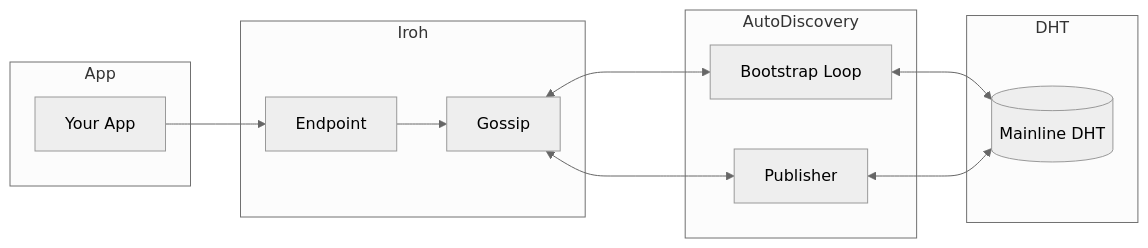
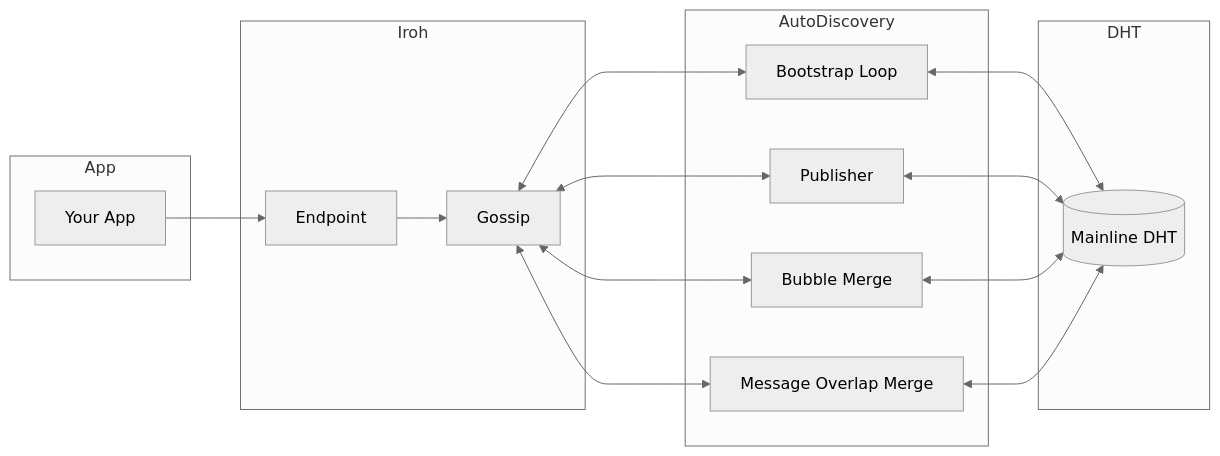
One commit to rustonbsd/distributed-topic-tracker changed the first of 7 diagrams in ARCHITECTURE.md. Above: the diagram before and after it, drawn with Mermaid (neutral theme). The commit also changed other lines of this file and 20 other files, not shown here.

````diff
--- a/ARCHITECTURE.md
+++ b/ARCHITECTURE.md
@@ -24,26 +26,32 @@
 ```mermaid
 flowchart LR
   subgraph App
     A[Your App]
   end
 
   subgraph Iroh
     E[Endpoint]
     G[Gossip]
   end
 
   subgraph AutoDiscovery
     B[Bootstrap Loop]
     P[Publisher]
+    BM[Bubble Merge]
+    MO[Message Overlap Merge]
   end
 
   subgraph DHT
     D[(Mainline DHT)]
   end
 
   A --> E --> G
   G <---> B
   G <---> P
+  G <---> BM
+  G <---> MO
   B <--> D
   P <--> D
+  BM <--> D
+  MO <--> D
 ```
````
